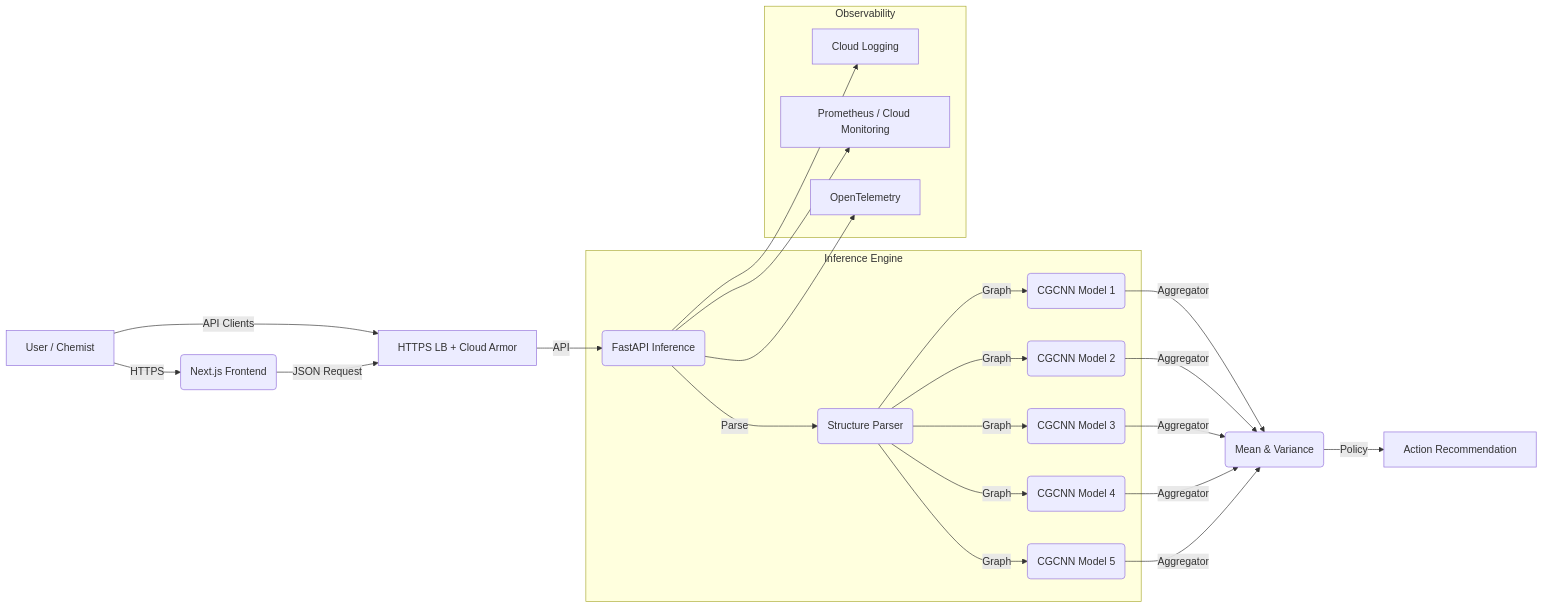
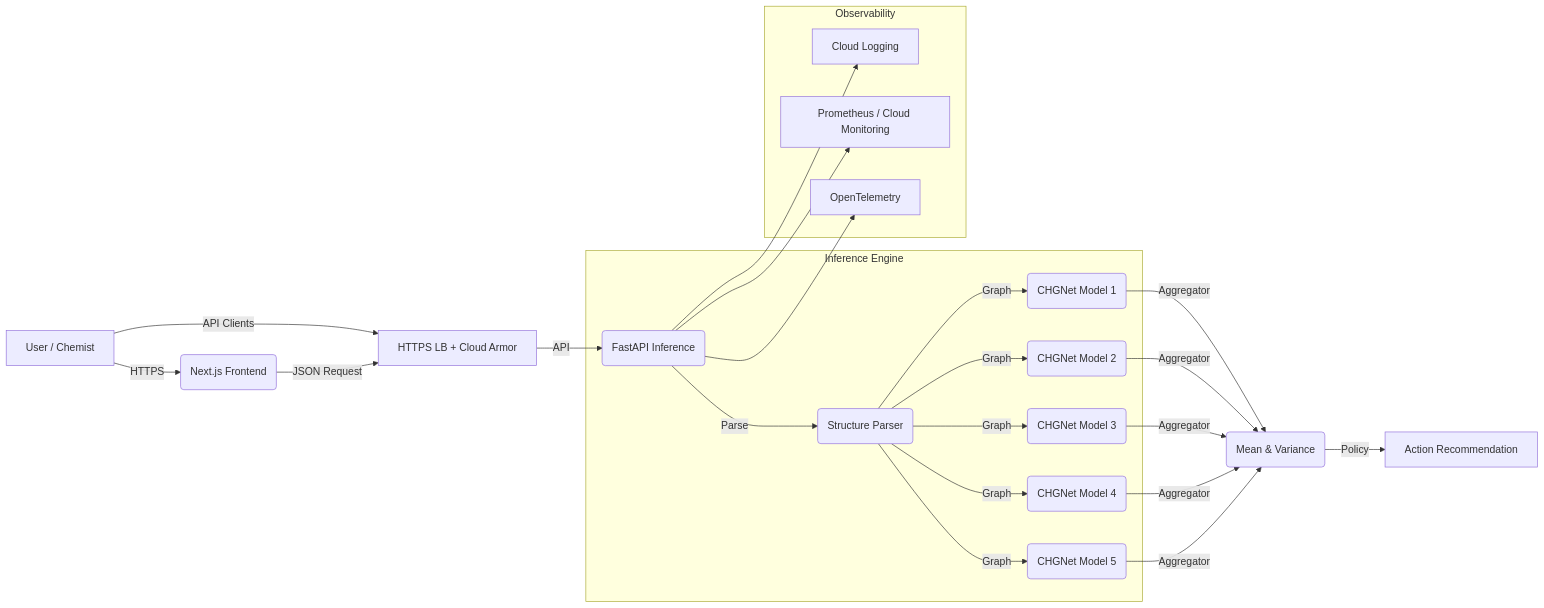
One commit to ErenAri/cathode-screening changed the diagram in README.md. Above: the diagram before and after it, drawn with Mermaid. The commit also changed other lines of this file, not shown here.

First line of the commit message:
docs: Update README for CHGNet v1-Li-Cathode model

````diff
--- a/README.md
+++ b/README.md
@@ -45,25 +45,25 @@
 ```mermaid
 graph LR
     User[User / Chemist] -->|HTTPS| FE(Next.js Frontend)
     User -->|API Clients| Edge[HTTPS LB + Cloud Armor]
     FE -->|JSON Request| Edge
     Edge -->|API| API(FastAPI Inference)
     subgraph "Inference Engine"
         API -->|Parse| Pymatgen(Structure Parser)
-        Pymatgen -->|Graph| GNN1(CGCNN Model 1)
-        Pymatgen -->|Graph| GNN2(CGCNN Model 2)
-        Pymatgen -->|Graph| GNN3(CGCNN Model 3)
-        Pymatgen -->|Graph| GNN4(CGCNN Model 4)
-        Pymatgen -->|Graph| GNN5(CGCNN Model 5)
+        Pymatgen -->|Graph| GNN1(CHGNet Model 1)
+        Pymatgen -->|Graph| GNN2(CHGNet Model 2)
+        Pymatgen -->|Graph| GNN3(CHGNet Model 3)
+        Pymatgen -->|Graph| GNN4(CHGNet Model 4)
+        Pymatgen -->|Graph| GNN5(CHGNet Model 5)
     end
     GNN1 & GNN2 & GNN3 & GNN4 & GNN5 -->|Aggregator| Stats(Mean & Variance)     
     Stats -->|Policy| Result[Action Recommendation]
     subgraph "Observability"
         Logs[Cloud Logging]
         Metrics[Prometheus / Cloud Monitoring]
         Traces[OpenTelemetry]
     end
     API --> Logs
     API --> Metrics
     API --> Traces
 ```
````
